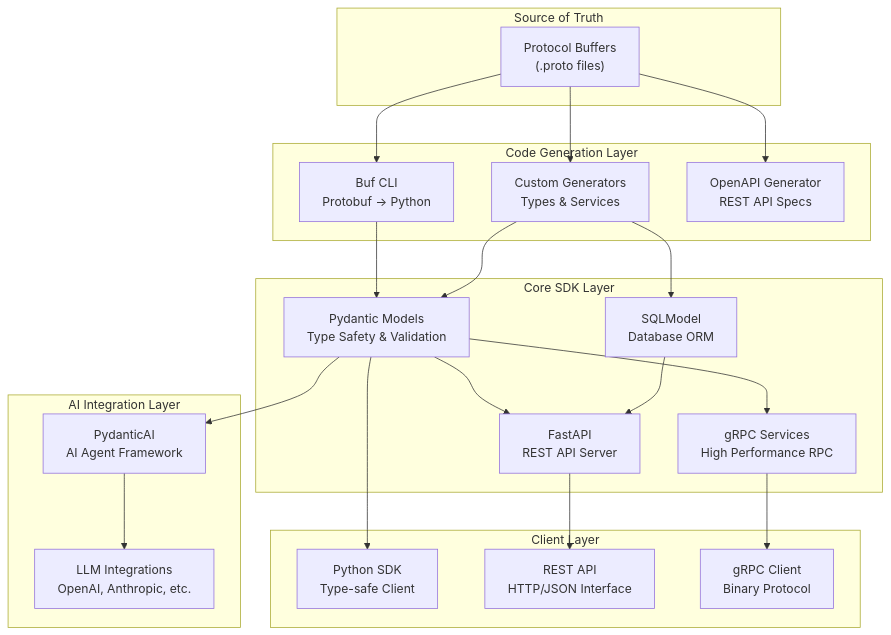
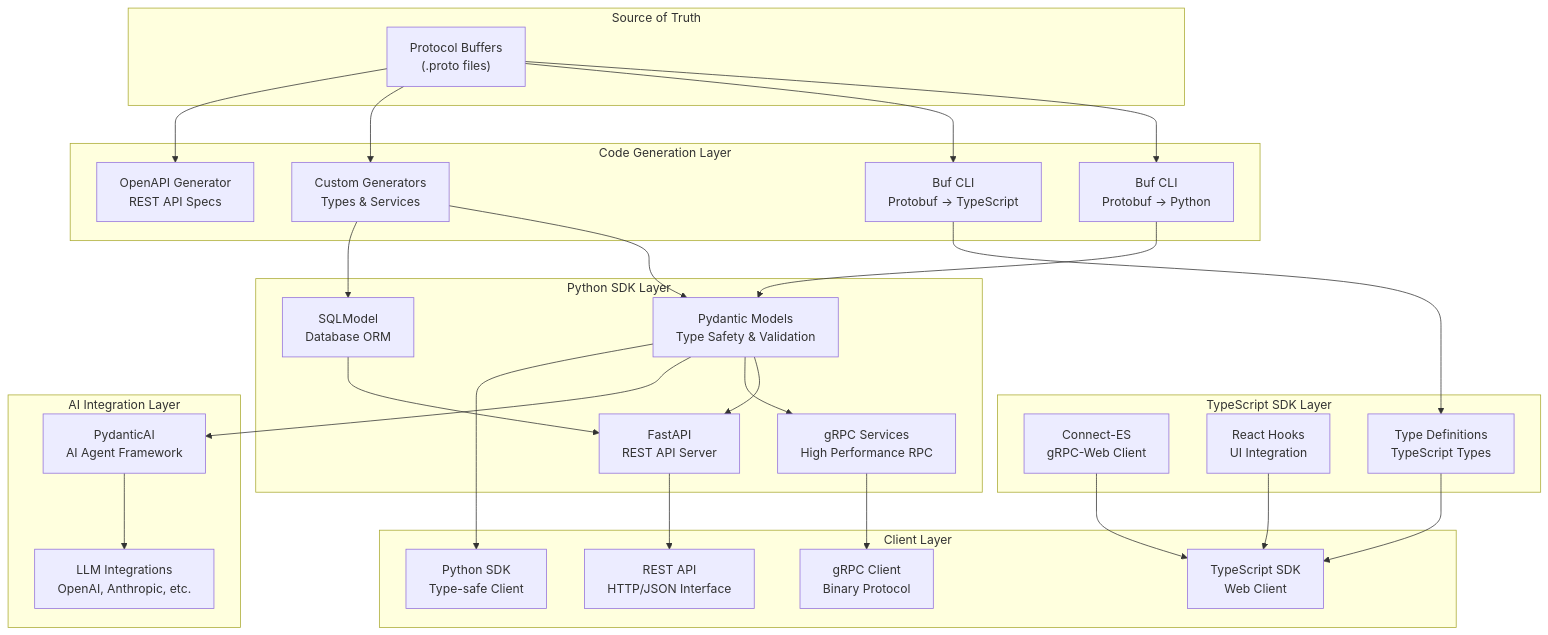
Before and after one commit to prometheus88/pfsdk: the first of 7 diagrams in docs/ARCHITECTURE.md, drawn with Mermaid. The commit also changed other lines of this file and 1 other file, not shown here.

Commit message:
docs: update for multi-language SDK structure
- Update DEVELOPMENT.md with new python/ directory structure
- Update ARCHITECTURE.md to reflect multi-language support
- Document Python SDK moved to python/ subdirectory
- Add TypeScript SDK structure documentation
- Update all script paths and test locations
- Reflect new buf.gen.yaml multi-language generation
- Fix data model relationships diagram syntax

🤖 Generated with [Claude Code](https://claude.ai/code)

````diff
--- a/docs/ARCHITECTURE.md
+++ b/docs/ARCHITECTURE.md
@@ -9,45 +17,58 @@
 ```mermaid
 graph TB
     subgraph "Source of Truth"
         A[Protocol Buffers<br/>&lpar;.proto files&rpar;]
     end
     
     subgraph "Code Generation Layer"
         B[Buf CLI<br/>Protobuf → Python]
-        C[Custom Generators<br/>Types & Services]
-        D[OpenAPI Generator<br/>REST API Specs]
+        C[Buf CLI<br/>Protobuf → TypeScript]
+        D[Custom Generators<br/>Types & Services]
+        E[OpenAPI Generator<br/>REST API Specs]
     end
     
-    subgraph "Core SDK Layer"
-        E[Pydantic Models<br/>Type Safety & Validation]
-        F[SQLModel<br/>Database ORM]
-        G[FastAPI<br/>REST API Server]
-        H[gRPC Services<br/>High Performance RPC]
+    subgraph "Python SDK Layer"
+        F[Pydantic Models<br/>Type Safety & Validation]
+        G[SQLModel<br/>Database ORM]
+        H[FastAPI<br/>REST API Server]
+        I[gRPC Services<br/>High Performance RPC]
+    end
+    
+    subgraph "TypeScript SDK Layer"
+        J[Connect-ES<br/>gRPC-Web Client]
+        K[React Hooks<br/>UI Integration]
+        L[Type Definitions<br/>TypeScript Types]
     end
     
     subgraph "AI Integration Layer"
-        I[PydanticAI<br/>AI Agent Framework]
-        J[LLM Integrations<br/>OpenAI, Anthropic, etc.]
+        M[PydanticAI<br/>AI Agent Framework]
+        N[LLM Integrations<br/>OpenAI, Anthropic, etc.]
     end
     
     subgraph "Client Layer"
-        K[Python SDK<br/>Type-safe Client]
-        L[REST API<br/>HTTP/JSON Interface]
-        M[gRPC Client<br/>Binary Protocol]
+        O[Python SDK<br/>Type-safe Client]
+        P[TypeScript SDK<br/>Web Client]
+        Q[REST API<br/>HTTP/JSON Interface]
+        R[gRPC Client<br/>Binary Protocol]
     end
     
     A --> B
     A --> C
     A --> D
-    B --> E
-    C --> E
-    C --> F
-    E --> G
-    E --> H
-    E --> I
-    F --> G
-    I --> J
-    E --> K
-    G --> L
-    H --> M
+    A --> E
+    B --> F
+    C --> L
+    D --> F
+    D --> G
+    F --> H
+    F --> I
+    F --> M
+    G --> H
+    M --> N
+    F --> O
+    L --> P
+    J --> P
+    K --> P
+    H --> Q
+    I --> R
 ```
````
